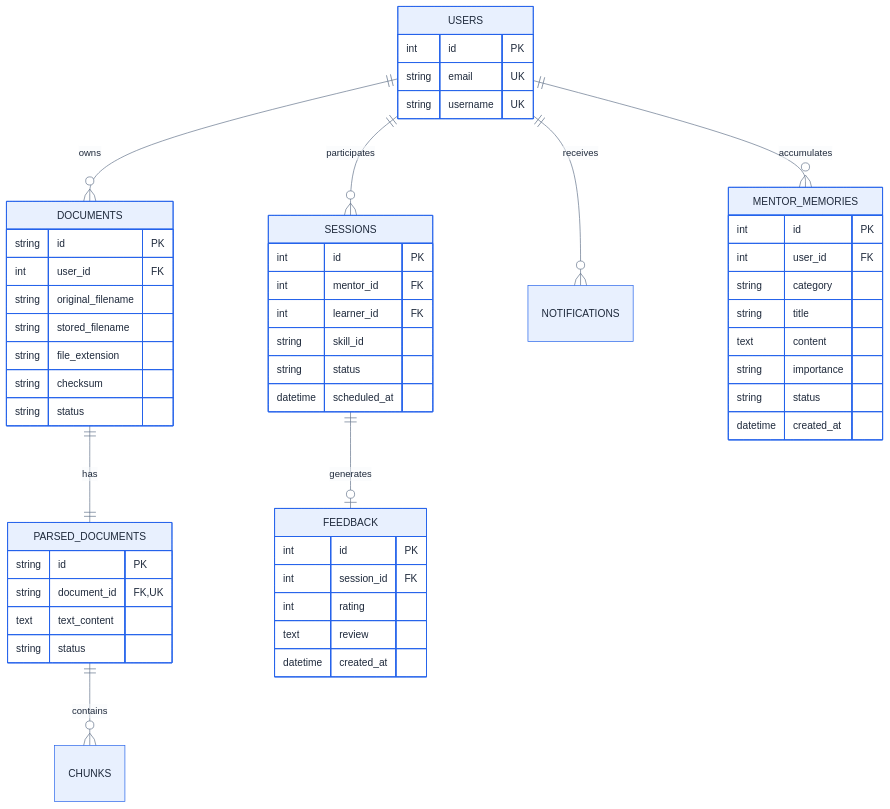
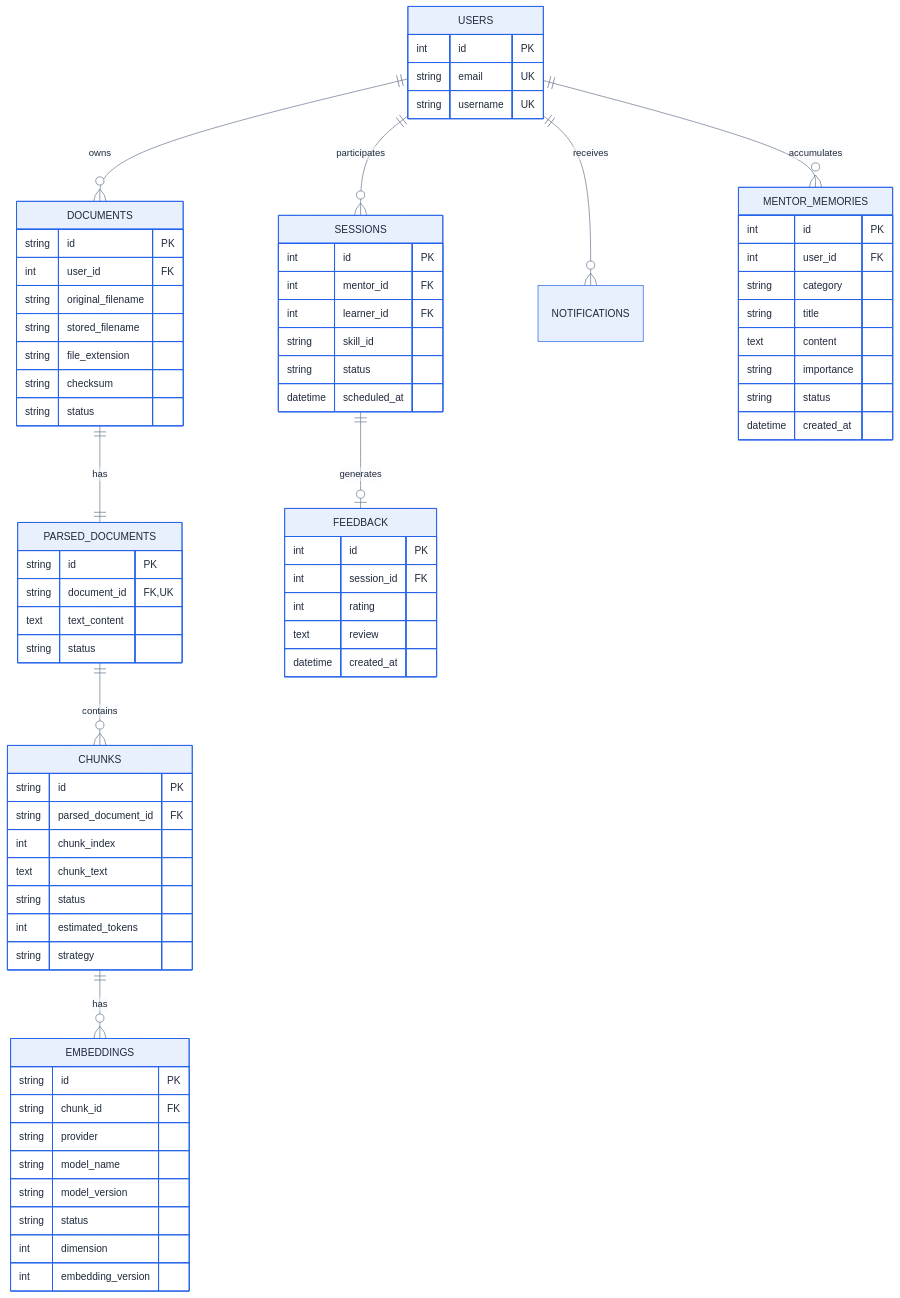
One commit to joshi-chinmay-016/SkillSwap changed the eighth of 10 diagrams in README.md. Above: the diagram before and after it, drawn with Mermaid. The commit also changed other lines of this file and 12 other files, not shown here.

````diff
--- a/README.md
+++ b/README.md
@@ -282,6 +401,7 @@
     USERS ||--o{ MENTOR_MEMORIES : "accumulates"
     DOCUMENTS ||--|| PARSED_DOCUMENTS : "has"
     PARSED_DOCUMENTS ||--o{ CHUNKS : "contains"
+    CHUNKS ||--o{ EMBEDDINGS : "has"
     SESSIONS ||--o| FEEDBACK : "generates"
 
     USERS {
@@ -334,4 +454,24 @@
         text review
         datetime created_at
     }
+    CHUNKS {
+        string id PK
+        string parsed_document_id FK
+        int chunk_index
+        text chunk_text
+        string status
+        int estimated_tokens
+        string strategy
+    }
+
+    EMBEDDINGS {
+        string id PK
+        string chunk_id FK
+        string provider
+        string model_name
+        string model_version
+        string status
+        int dimension
+        int embedding_version
+    }
 ```
````
